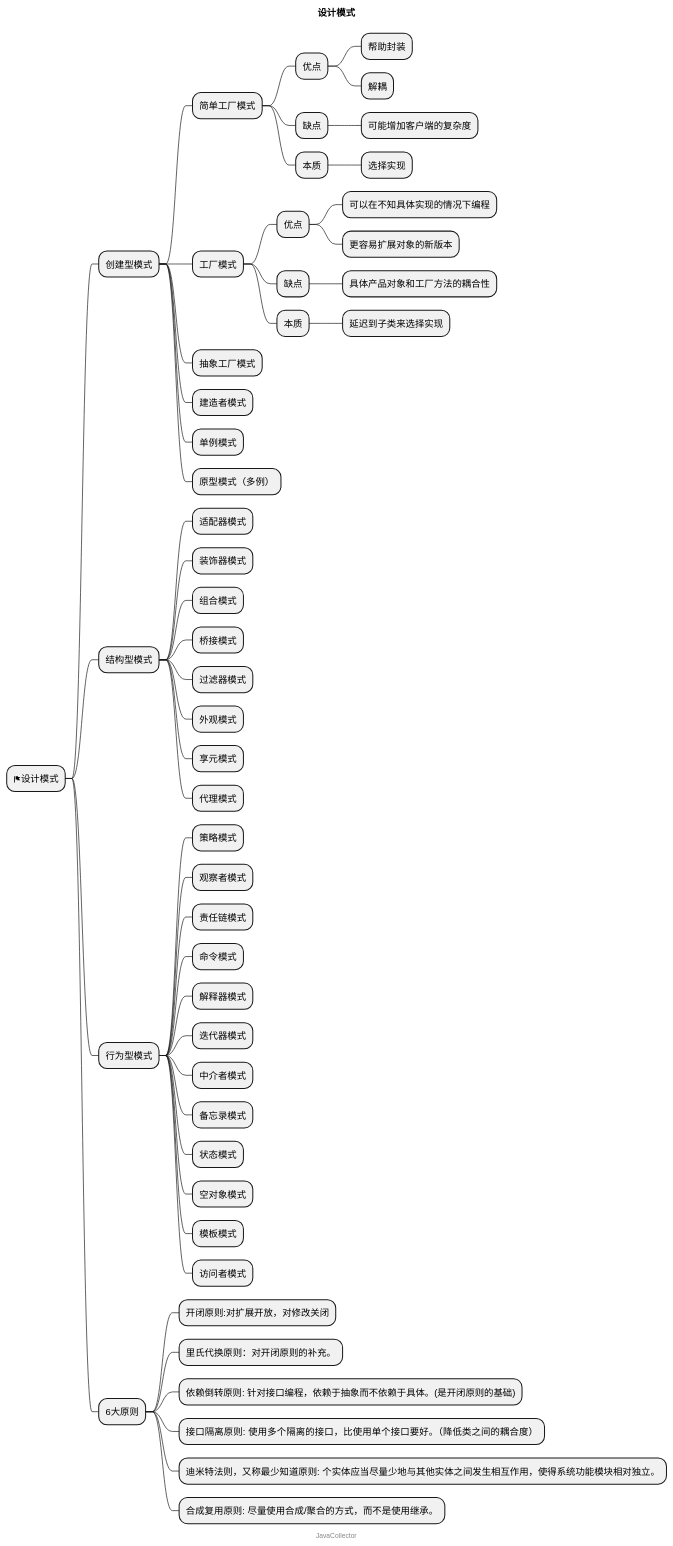
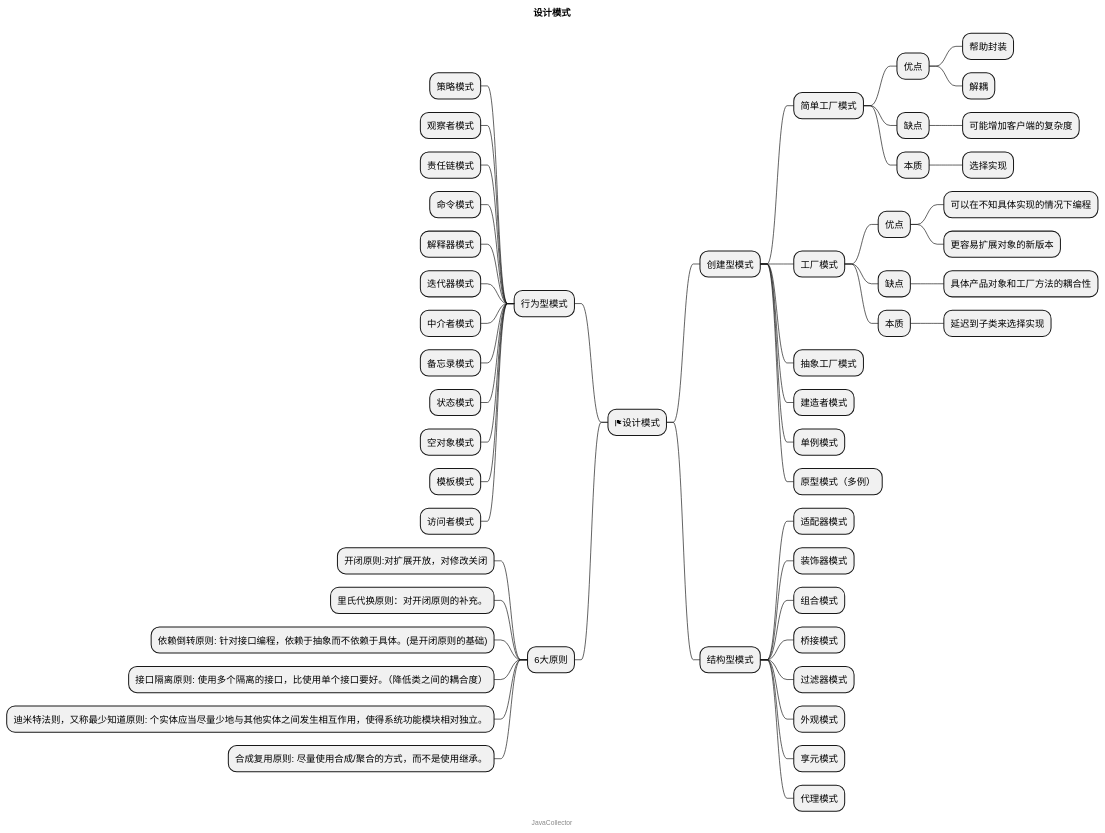
The diagram in 设计模式/Design.puml (leej0hn/javaCollector), drawn with PlantUML before and after one commit.

Commit message:
调整格式

```diff
--- a/设计模式/Design.puml
+++ b/设计模式/Design.puml
@@ -1,58 +1,58 @@
 @startmindmap
 'https://plantuml.com/mindmap-diagram
 
 title 设计模式
 
 + <&flag>设计模式
 ++ 创建型模式
 +++ 简单工厂模式
 ++++ 优点
 +++++ 帮助封装
 +++++ 解耦
 ++++ 缺点
 +++++ 可能增加客户端的复杂度
 ++++ 本质
 +++++ 选择实现
 +++ 工厂模式
 ++++ 优点
 +++++ 可以在不知具体实现的情况下编程
 +++++ 更容易扩展对象的新版本
 ++++ 缺点
 +++++ 具体产品对象和工厂方法的耦合性
 ++++ 本质
 +++++ 延迟到子类来选择实现
 +++ 抽象工厂模式
 +++ 建造者模式
 +++ 单例模式
 +++ 原型模式（多例）
 ++ 结构型模式
 +++ 适配器模式
 +++ 装饰器模式
 +++ 组合模式
 +++ 桥接模式
 +++ 过滤器模式
 +++ 外观模式
 +++ 享元模式
 +++ 代理模式
-++ 行为型模式
-+++ 策略模式
-+++ 观察者模式
-+++ 责任链模式
-+++ 命令模式
-+++ 解释器模式
-+++ 迭代器模式
-+++ 中介者模式
-+++ 备忘录模式
-+++ 状态模式
-+++ 空对象模式
-+++ 模板模式
-+++ 访问者模式
-++ 6大原则
-+++ 开闭原则:对扩展开放，对修改关闭
-+++ 里氏代换原则：对开闭原则的补充。
-+++ 依赖倒转原则: 针对接口编程，依赖于抽象而不依赖于具体。(是开闭原则的基础)
-+++ 接口隔离原则: 使用多个隔离的接口，比使用单个接口要好。（降低类之间的耦合度）
-+++ 迪米特法则，又称最少知道原则: 个实体应当尽量少地与其他实体之间发生相互作用，使得系统功能模块相对独立。
-+++ 合成复用原则: 尽量使用合成/聚合的方式，而不是使用继承。
+-- 行为型模式
+--- 策略模式
+--- 观察者模式
+--- 责任链模式
+--- 命令模式
+--- 解释器模式
+--- 迭代器模式
+--- 中介者模式
+--- 备忘录模式
+--- 状态模式
+--- 空对象模式
+--- 模板模式
+--- 访问者模式
+-- 6大原则
+--- 开闭原则:对扩展开放，对修改关闭
+--- 里氏代换原则：对开闭原则的补充。
+--- 依赖倒转原则: 针对接口编程，依赖于抽象而不依赖于具体。(是开闭原则的基础)
+--- 接口隔离原则: 使用多个隔离的接口，比使用单个接口要好。（降低类之间的耦合度）
+--- 迪米特法则，又称最少知道原则: 个实体应当尽量少地与其他实体之间发生相互作用，使得系统功能模块相对独立。
+--- 合成复用原则: 尽量使用合成/聚合的方式，而不是使用继承。
 center footer JavaCollector
 @endmindmap
```
